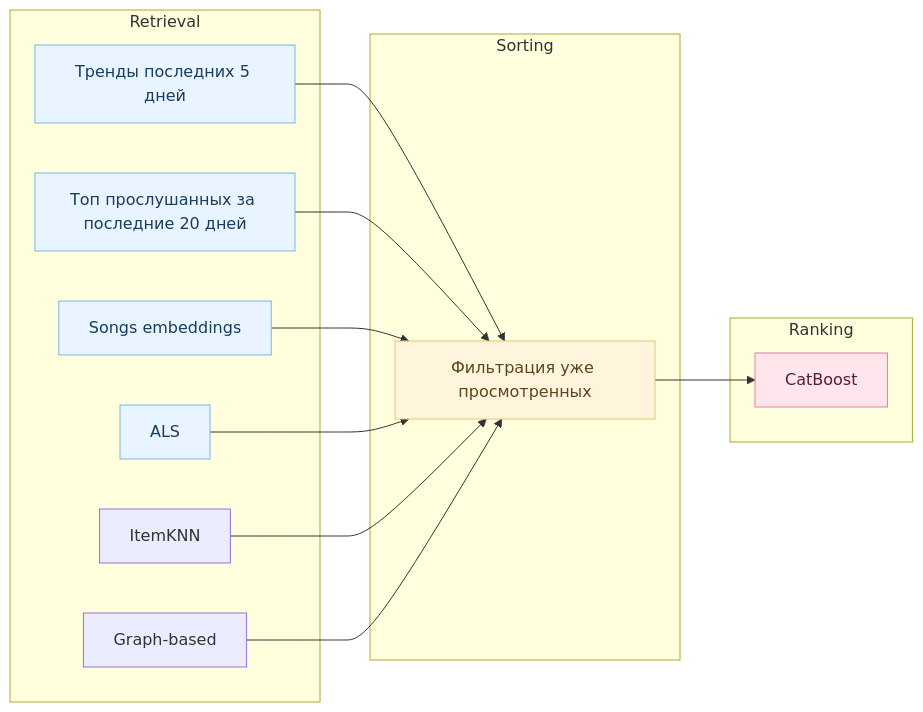
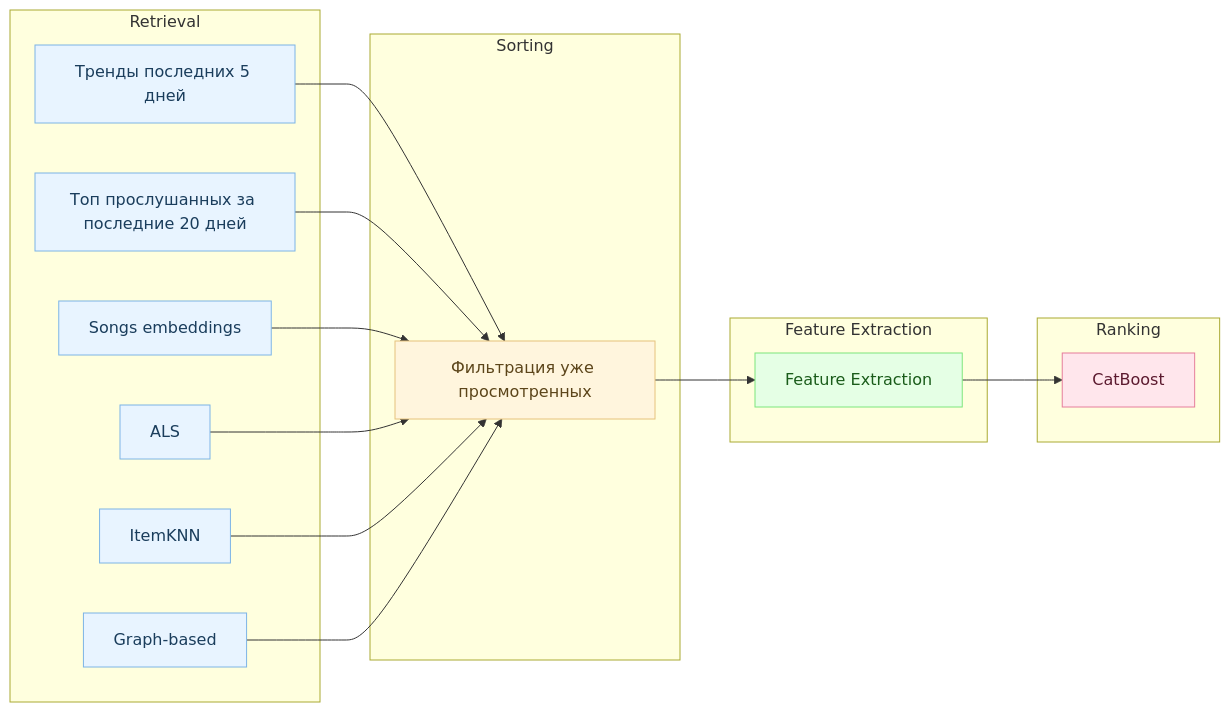
Before and after one commit to Nastasy822/music-recommendation-experiments: the second of 2 diagrams in README.md, drawn with Mermaid.

Commit message:
docs: add diagram of preprocessing

````diff
--- a/README.md
+++ b/README.md
@@ -237,40 +237,47 @@
 ```mermaid
 flowchart LR
 
     %% === Блоки пайплайна ===
     subgraph RETRIEVAL ["Retrieval"]
         PopAll["Тренды последних 5 дней"]
         PopUser["Топ прослушанных за последние 20 дней"]
         SIM["Songs embeddings"]
         ITEMKNN["ItemKNN"]
-        GRAPH["Graph-based "]
+        GRAPH["Graph-based"]
         ALS["ALS"]
     end
 
     subgraph SORTING ["Sorting"]
         FILTER["Фильтрация уже просмотренных"]
+    end
+
+    subgraph FEATURES ["Feature Extraction"]
+        FEATS["Feature Extraction"]
     end
 
     subgraph RANKING ["Ranking"]
         RANK["CatBoost"]
     end
 
     %% === Потоки данных ===
     PopAll --> FILTER
     PopUser --> FILTER
     SIM --> FILTER
     ALS --> FILTER
     ITEMKNN --> FILTER
     GRAPH --> FILTER
 
-    FILTER --> RANK
+    FILTER --> FEATS
+    FEATS --> RANK
 
-    %% === Цветовые стили (Пастельные узлы, фон subgraph по умолчанию — белый) ===
+    %% === Цветовые стили ===
     classDef retrieval fill:#e8f4ff,stroke:#7db4e6,color:#1a3d5c;
     classDef sorting fill:#fff5dd,stroke:#e6c27d,color:#5c451a;
+    classDef features fill:#e5ffe5,stroke:#7de67d,color:#1a5c1a;
     classDef ranking fill:#ffe6ec,stroke:#e67d9c,color:#5c1a2f;
 
-    class PopAll,PopUser,SIM,ALS retrieval;
+    class PopAll,PopUser,SIM,ALS,ITEMKNN,GRAPH retrieval;
     class FILTER sorting;
+    class FEATS features;
     class RANK ranking;
 ```
````
